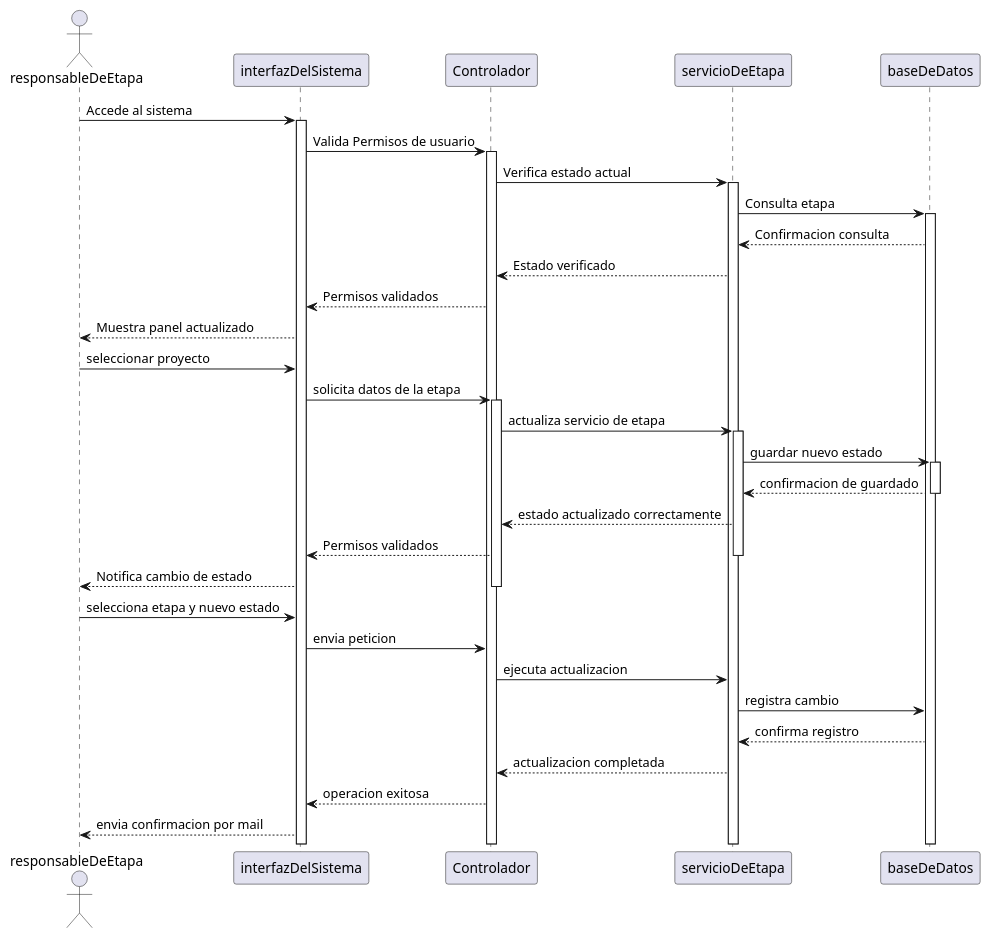
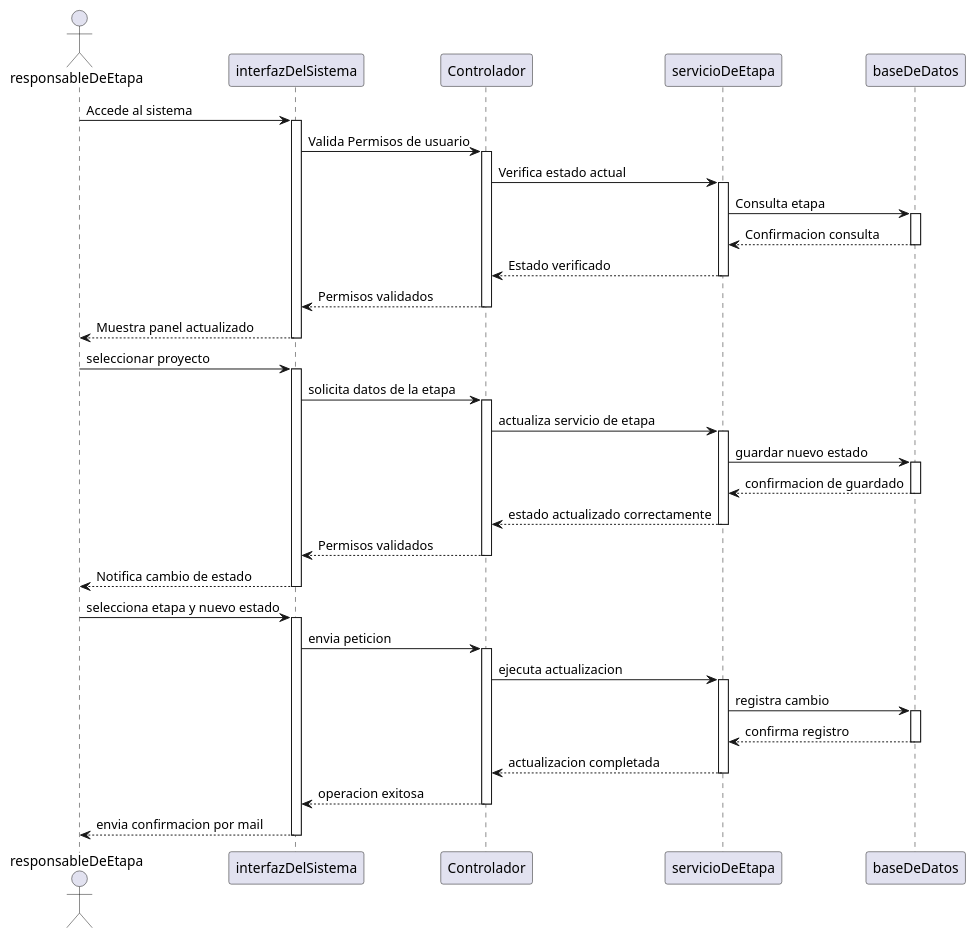
One commit to 9919-Mili/SistemaProductoraVideos changed the diagram in 05-diagrama-secuencia/05-secuencia-actualizar-estado-de-la-etapa-actualizacion-exitosa-del-estado-de-la-etapa-02.puml. Above: the diagram before and after it, drawn with PlantUML. The commit also changed 4 other files, not shown here.

```diff
--- a/05-diagrama-secuencia/05-secuencia-actualizar-estado-de-la-etapa-actualizacion-exitosa-del-estado-de-la-etapa-02.puml
+++ b/05-diagrama-secuencia/05-secuencia-actualizar-estado-de-la-etapa-actualizacion-exitosa-del-estado-de-la-etapa-02.puml
@@ -1,45 +1,59 @@
 @startuml actualizacion exitosa del estado
 actor responsableDeEtapa
 participant interfazDelSistema
 participant Controlador
 participant servicioDeEtapa
 participant baseDeDatos
 
 
 responsableDeEtapa -> interfazDelSistema: Accede al sistema
 activate interfazDelSistema 
 interfazDelSistema -> Controlador: Valida Permisos de usuario
 activate Controlador
 Controlador -> servicioDeEtapa: Verifica estado actual
 activate servicioDeEtapa
 servicioDeEtapa -> baseDeDatos: Consulta etapa 
 activate baseDeDatos
 baseDeDatos --> servicioDeEtapa: Confirmacion consulta
+deactivate baseDeDatos
 servicioDeEtapa --> Controlador: Estado verificado
+deactivate servicioDeEtapa
 Controlador --> interfazDelSistema: Permisos validados
+deactivate Controlador
 interfazDelSistema --> responsableDeEtapa: Muestra panel actualizado
+deactivate interfazDelSistema
 
 responsableDeEtapa -> interfazDelSistema: seleccionar proyecto 
+activate interfazDelSistema
 interfazDelSistema -> Controlador: solicita datos de la etapa
 activate Controlador
 Controlador -> servicioDeEtapa: actualiza servicio de etapa 
 activate servicioDeEtapa
 servicioDeEtapa -> baseDeDatos: guardar nuevo estado 
 activate baseDeDatos
 baseDeDatos --> servicioDeEtapa: confirmacion de guardado
 deactivate baseDeDatos
 servicioDeEtapa --> Controlador: estado actualizado correctamente
+deactivate servicioDeEtapa
 Controlador --> interfazDelSistema: Permisos validados 
-deactivate servicioDeEtapa
+deactivate Controlador
 interfazDelSistema --> responsableDeEtapa: Notifica cambio de estado
-deactivate Controlador
+deactivate interfazDelSistema
 
 responsableDeEtapa -> interfazDelSistema: selecciona etapa y nuevo estado 
+activate interfazDelSistema
 interfazDelSistema -> Controlador: envia peticion 
+activate Controlador
 Controlador -> servicioDeEtapa: ejecuta actualizacion 
+activate servicioDeEtapa
 servicioDeEtapa -> baseDeDatos: registra cambio
+activate baseDeDatos
 baseDeDatos --> servicioDeEtapa: confirma registro
-servicioDeEtapa --> Controlador: actualizacion completada 
+deactivate baseDeDatos
+servicioDeEtapa --> Controlador: actualizacion completada
+deactivate servicioDeEtapa 
 Controlador --> interfazDelSistema: operacion exitosa
+deactivate Controlador
 interfazDelSistema --> responsableDeEtapa: envia confirmacion por mail
+deactivate interfazDelSistema
 @endum
```
